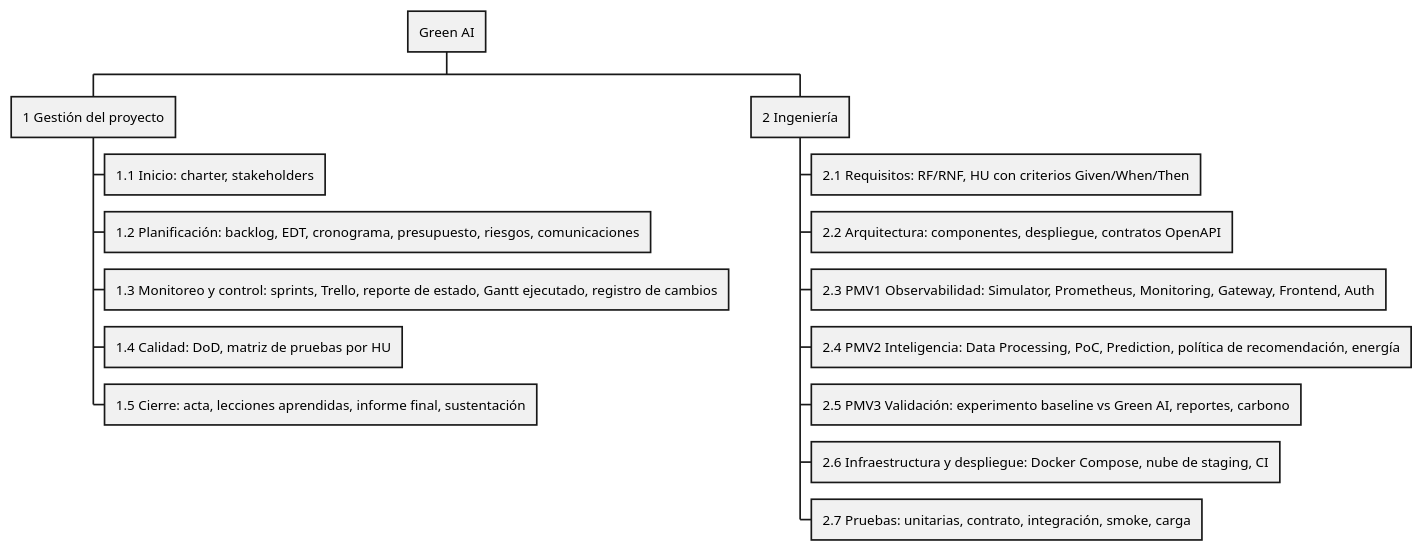
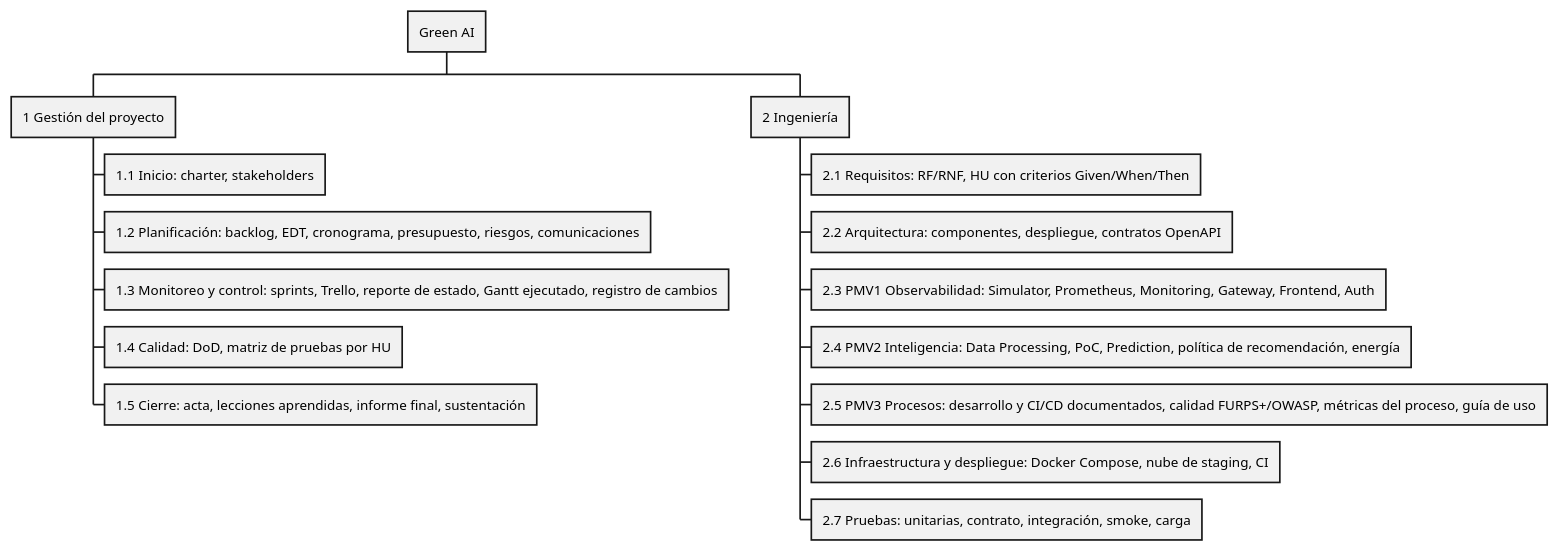
One commit to woshtsu/green-ai-workspace-cld changed the diagram in herramientas_IA/diagramas/edt-green-ai.puml. Above: the diagram before and after it, drawn with PlantUML. The commit also changed 9 other files, not shown here.

Commit message:
docs(informe): PMV3 orientado a procesos, árbol de problemas (revisión de Dina) y Anexo C

```diff
--- a/herramientas_IA/diagramas/edt-green-ai.puml
+++ b/herramientas_IA/diagramas/edt-green-ai.puml
@@ -1,19 +1,19 @@
 @startwbs
 ' EDT de Green AI con ramas de Gestión e Ingeniería (observación del docente, Unidad III).
 ' Renderizar solo cuando el usuario lo pida: plantuml herramientas_IA/diagramas/edt-green-ai.puml
 * Green AI
 ** 1 Gestión del proyecto
 *** 1.1 Inicio: charter, stakeholders
 *** 1.2 Planificación: backlog, EDT, cronograma, presupuesto, riesgos, comunicaciones
 *** 1.3 Monitoreo y control: sprints, Trello, reporte de estado, Gantt ejecutado, registro de cambios
 *** 1.4 Calidad: DoD, matriz de pruebas por HU
 *** 1.5 Cierre: acta, lecciones aprendidas, informe final, sustentación
 ** 2 Ingeniería
 *** 2.1 Requisitos: RF/RNF, HU con criterios Given/When/Then
 *** 2.2 Arquitectura: componentes, despliegue, contratos OpenAPI
 *** 2.3 PMV1 Observabilidad: Simulator, Prometheus, Monitoring, Gateway, Frontend, Auth
 *** 2.4 PMV2 Inteligencia: Data Processing, PoC, Prediction, política de recomendación, energía
-*** 2.5 PMV3 Validación: experimento baseline vs Green AI, reportes, carbono
+*** 2.5 PMV3 Procesos: desarrollo y CI/CD documentados, calidad FURPS+/OWASP, métricas del proceso, guía de uso
 *** 2.6 Infraestructura y despliegue: Docker Compose, nube de staging, CI
 *** 2.7 Pruebas: unitarias, contrato, integración, smoke, carga
 @endwbs
```
